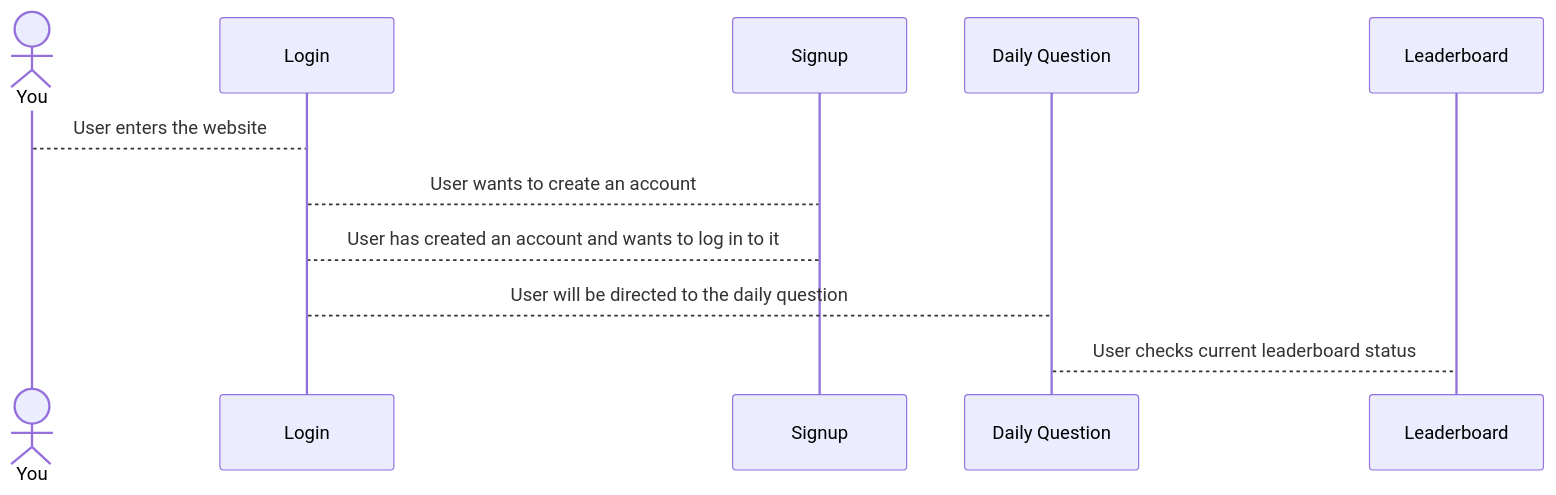
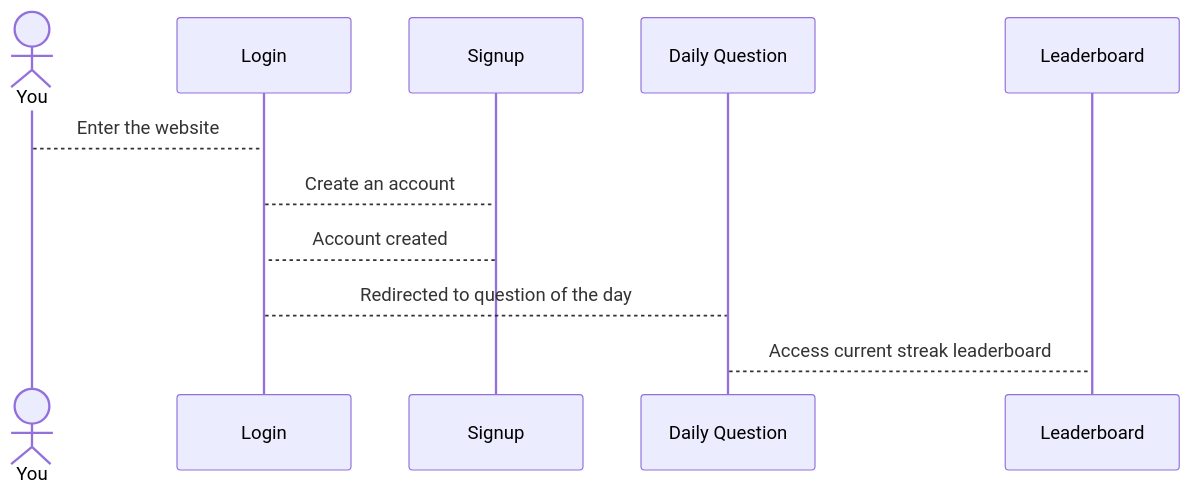
One commit to bhbakri/startup changed the diagram in README.md. Above: the diagram before and after it, drawn with Mermaid. The commit also changed other lines of this file, not shown here.

````diff
--- a/README.md
+++ b/README.md
@@ -31,9 +32,9 @@
 ```mermaid
 sequenceDiagram
     actor You
-    You-->Login: User enters the website
-    Login-->Signup: User wants to create an account
-    Signup-->Login: User has created an account and wants to log in to it
-    Login-->Daily Question: User will be directed to the daily question
-    Daily Question-->Leaderboard: User checks current leaderboard status
+    You-->Login: Enter the website
+    Login-->Signup: Create an account
+    Signup-->Login: Account created
+    Login-->Daily Question: Redirected to question of the day
+    Daily Question-->Leaderboard: Access current streak leaderboard
 ```
````
